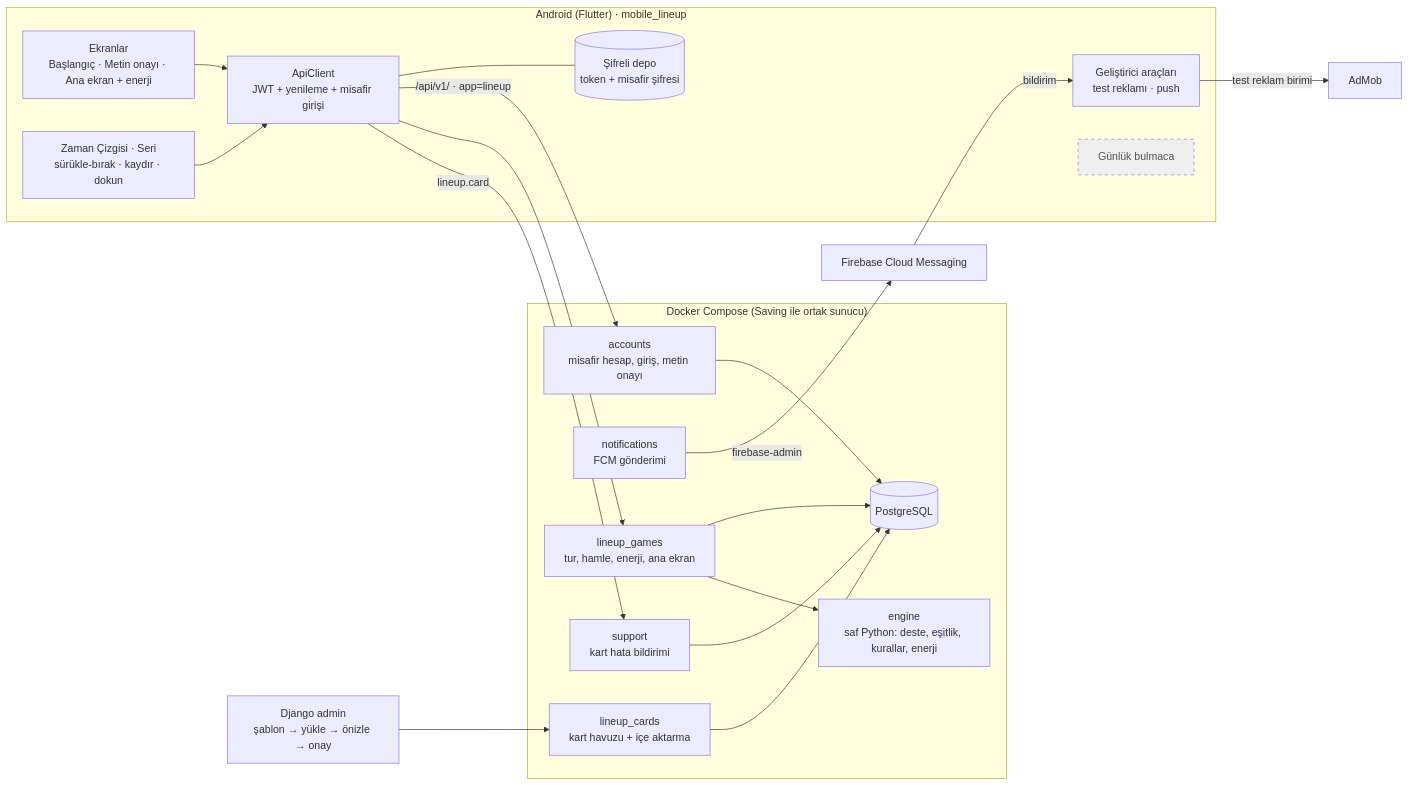
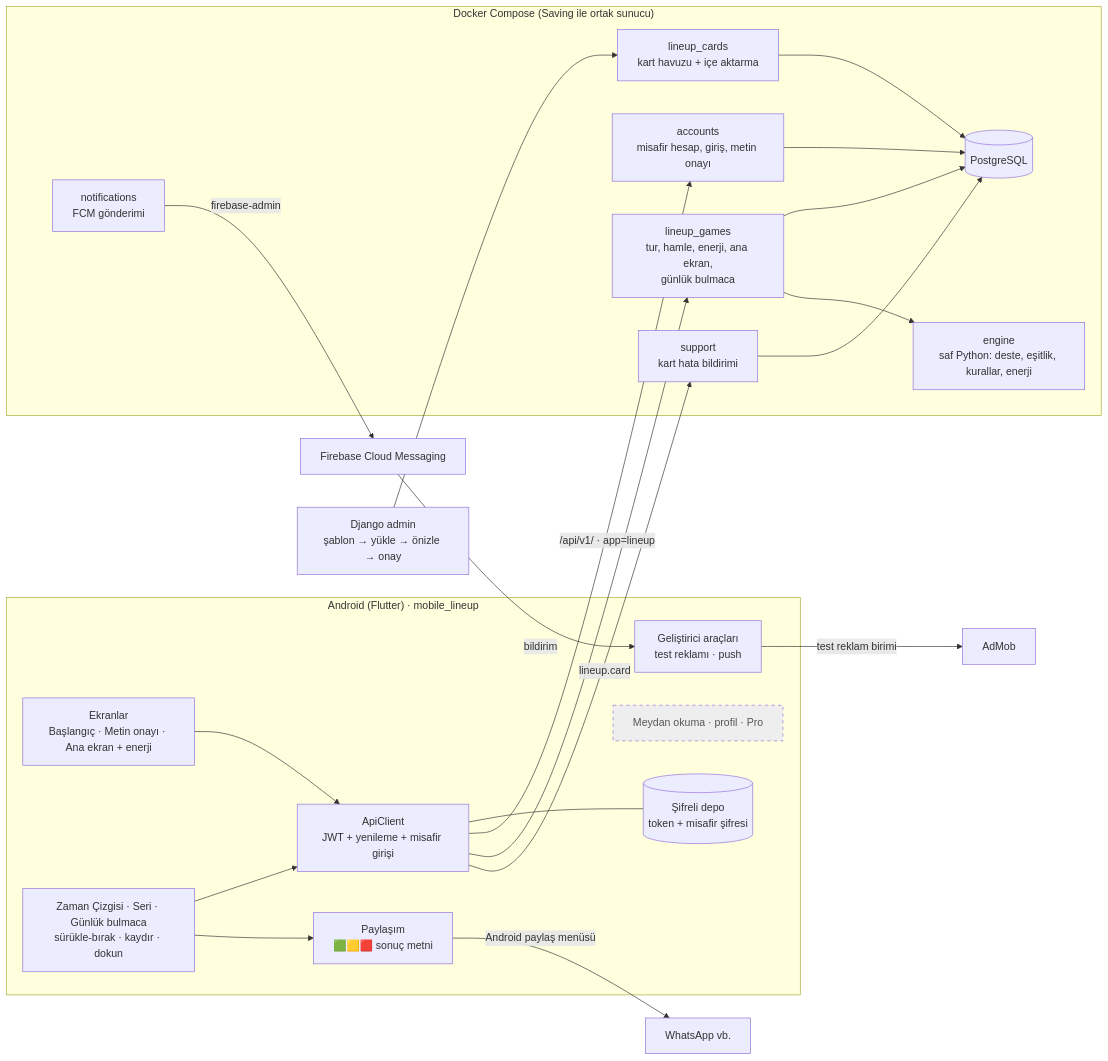
One commit to anilcelik0/saving changed the first of 6 diagrams in docs/FLOW_lineup.md. Above: the diagram before and after it, drawn with Mermaid. The commit also changed other lines of this file and 11 other files, not shown here.

Commit message:
[lineup] Daily puzzle screen (reorder, attempt marks, result + share), home tile; Phase 3 docs

````diff
--- a/docs/FLOW_lineup.md
+++ b/docs/FLOW_lineup.md
@@ -12,40 +12,43 @@
 ```mermaid
 flowchart LR
     subgraph Mobil["Android (Flutter) · mobile_lineup"]
         UI[Ekranlar<br/>Başlangıç · Metin onayı · Ana ekran + enerji]
         DEV[Geliştirici araçları<br/>test reklamı · push]
-        MODES[Zaman Çizgisi · Seri<br/>sürükle-bırak · kaydır · dokun]
-        LATER[Günlük bulmaca]
+        MODES[Zaman Çizgisi · Seri · Günlük bulmaca<br/>sürükle-bırak · kaydır · dokun]
+        SHARE[Paylaşım<br/>🟩🟨🟥 sonuç metni]
+        LATER[Meydan okuma · profil · Pro]
         API[ApiClient<br/>JWT + yenileme + misafir girişi]
         STORE[(Şifreli depo<br/>token + misafir şifresi)]
         UI --> API
         MODES --> API
+        MODES --> SHARE
         API --- STORE
     end
 
     subgraph Sunucu["Docker Compose (Saving ile ortak sunucu)"]
         ACC[accounts<br/>misafir hesap, giriş, metin onayı]
         NOTIF[notifications<br/>FCM gönderimi]
         CARDS[lineup_cards<br/>kart havuzu + içe aktarma]
-        GAMES[lineup_games<br/>tur, hamle, enerji, ana ekran]
+        GAMES[lineup_games<br/>tur, hamle, enerji, ana ekran,<br/>günlük bulmaca]
         ENGINE[engine<br/>saf Python: deste, eşitlik, kurallar, enerji]
         SUP[support<br/>kart hata bildirimi]
         DB[(PostgreSQL)]
         ACC --> DB
         CARDS --> DB
         GAMES --> DB
         GAMES --> ENGINE
         SUP --> DB
     end
 
     API -->|/api/v1/ · app=lineup| ACC
     API --> GAMES
     API -->|lineup.card| SUP
     NOTIF -->|firebase-admin| FCM[Firebase Cloud Messaging]
     FCM -->|bildirim| DEV
+    SHARE -->|Android paylaş menüsü| WA[WhatsApp vb.]
     DEV -->|test reklam birimi| ADMOB[AdMob]
     ADM[Django admin<br/>şablon → yükle → önizle → onay] --> CARDS
 
     classDef planned stroke-dasharray: 5 5,fill:#eee,color:#555
     class LATER planned
 ```
````
